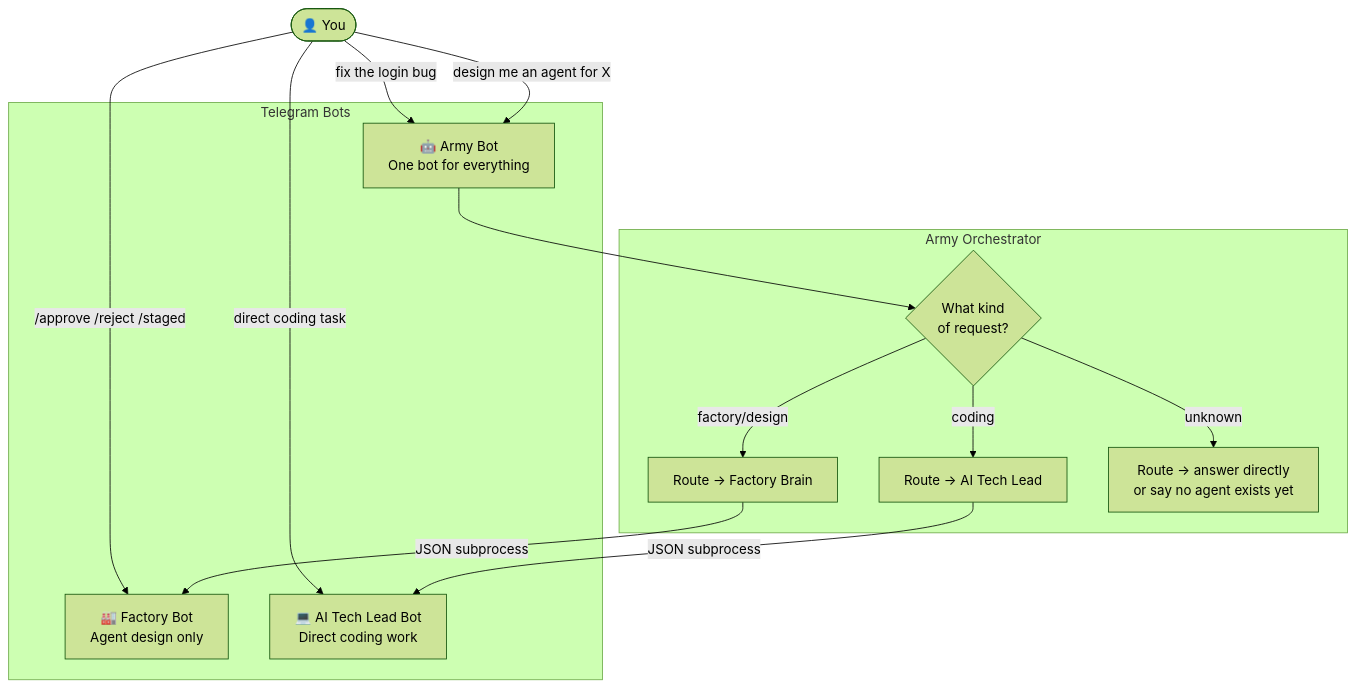
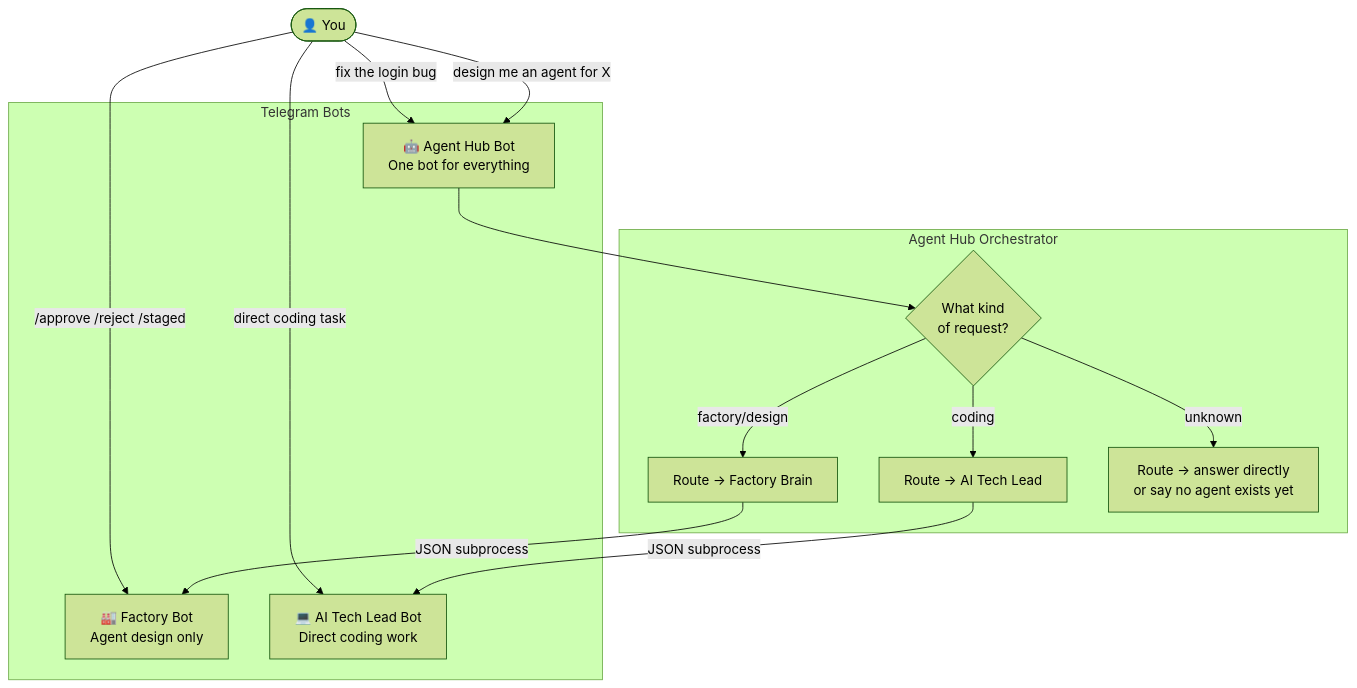
One commit to robvoto/agent-factory changed the diagram in docs/diagrams/03-TELEGRAM-FLOWS.md. Above: the diagram before and after it, drawn with Mermaid (forest theme). The commit also changed other lines of this file and 26 other files, not shown here.

First line of the commit message:
docs: replace legacy "army" naming with Agent Hub

````diff
--- a/docs/diagrams/03-TELEGRAM-FLOWS.md
+++ b/docs/diagrams/03-TELEGRAM-FLOWS.md
@@ -5,30 +5,30 @@
 ```mermaid
 flowchart TD
     You([👤 You])
 
     subgraph Bots["Telegram Bots"]
-        ArmyBot["🤖 Army Bot\nOne bot for everything"]
+        HubBot["🤖 Agent Hub Bot\nOne bot for everything"]
         FactoryBot["🏭 Factory Bot\nAgent design only"]
         ATLBot["💻 AI Tech Lead Bot\nDirect coding work"]
     end
 
-    subgraph Army["Army Orchestrator"]
+    subgraph Hub["Agent Hub Orchestrator"]
         IntentRouter{What kind\nof request?}
         CodingRoute[Route → AI Tech Lead]
         FactoryRoute[Route → Factory Brain]
         UnknownRoute[Route → answer directly\nor say no agent exists yet]
     end
 
-    You -->|"fix the login bug"| ArmyBot
-    You -->|"design me an agent for X"| ArmyBot
+    You -->|"fix the login bug"| HubBot
+    You -->|"design me an agent for X"| HubBot
     You -->|/approve /reject /staged| FactoryBot
     You -->|direct coding task| ATLBot
 
-    ArmyBot --> IntentRouter
+    HubBot --> IntentRouter
     IntentRouter -->|coding| CodingRoute
     IntentRouter -->|factory/design| FactoryRoute
     IntentRouter -->|unknown| UnknownRoute
 
     CodingRoute -->|JSON subprocess| ATLBot
     FactoryRoute -->|JSON subprocess| FactoryBot
 ```
````
